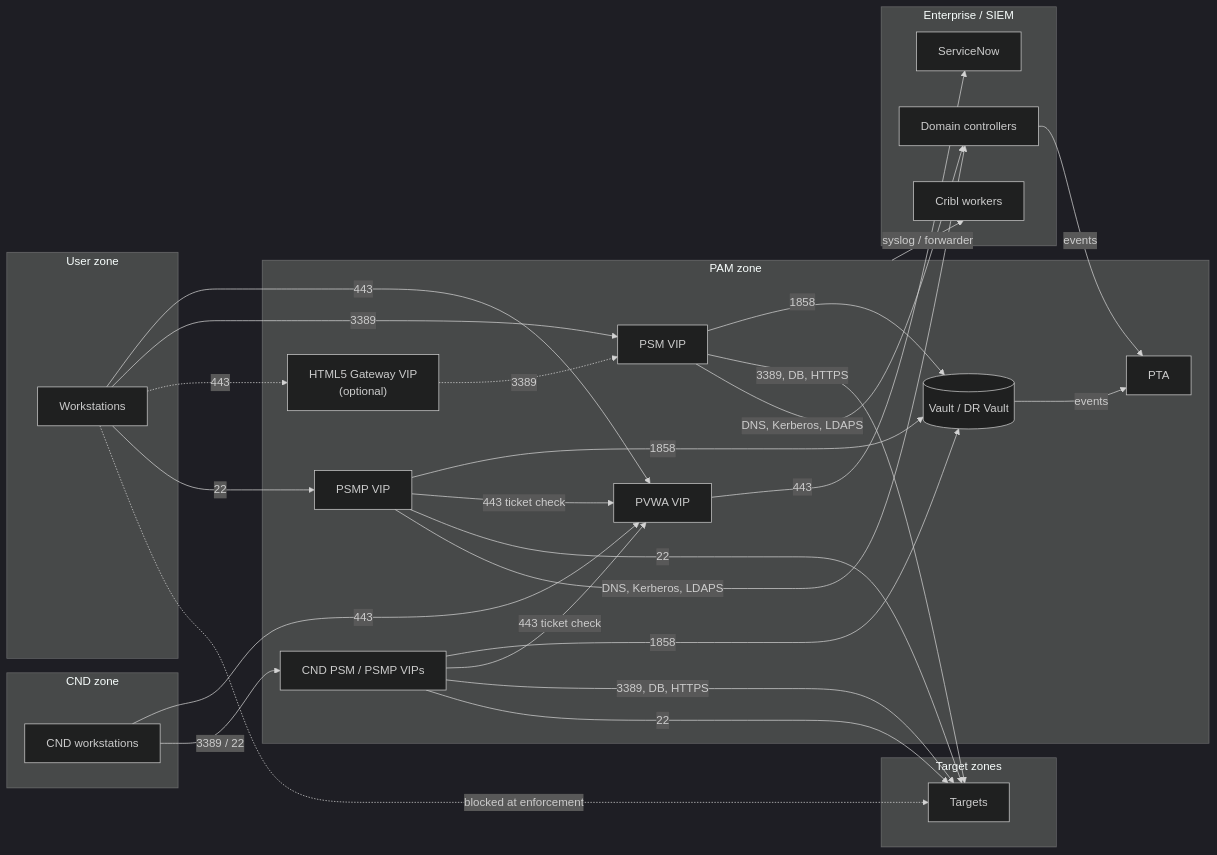
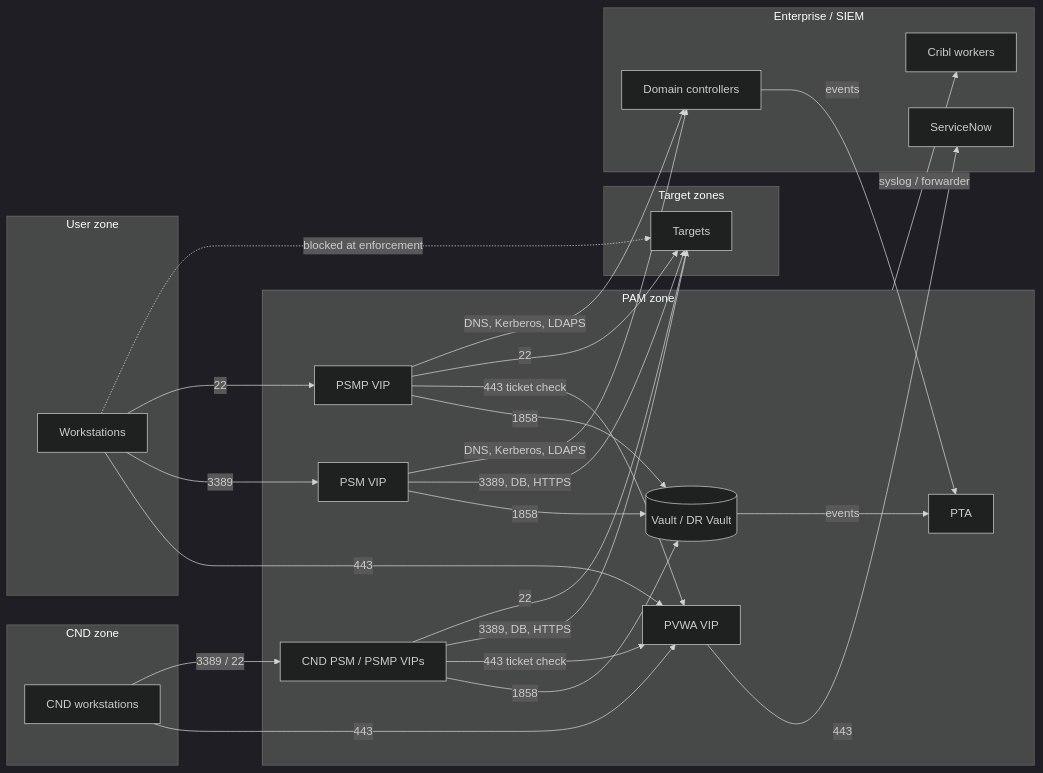
Before and after one commit to cnampalli/CB-Raap-Vault: the third of 11 diagrams in docs/cyberark-psm/impact-assessment.md, drawn with Mermaid (dark theme). The commit also changed other lines of this file, not shown here.

````diff
--- a/docs/cyberark-psm/impact-assessment.md
+++ b/docs/cyberark-psm/impact-assessment.md
@@ -467,41 +475,38 @@
 ```mermaid
 flowchart LR
     subgraph UZ["User zone"]
         WS["Workstations"]
     end
     subgraph CZ["CND zone"]
         CWS["CND workstations"]
     end
     subgraph PZ["PAM zone"]
         PVWA["PVWA VIP"]
         PSMV["PSM VIP"]
-        GWV["HTML5 Gateway VIP<br/>(optional)"]
         PSMPV["PSMP VIP"]
         CNDV["CND PSM / PSMP VIPs"]
         VLT[("Vault / DR Vault")]
         PTA["PTA"]
     end
     subgraph TZ["Target zones"]
         T["Targets"]
     end
     subgraph SZ["Enterprise / SIEM"]
         SN["ServiceNow"]
         CR["Cribl workers"]
         DC["Domain controllers"]
     end
     WS & CWS -->|"443"| PVWA
     WS -->|"3389"| PSMV
-    WS -.->|"443"| GWV
-    GWV -.->|"3389"| PSMV
     WS -->|"22"| PSMPV
     CWS -->|"3389 / 22"| CNDV
     PSMV & PSMPV & CNDV -->|"1858"| VLT
     PSMPV & CNDV -->|"443 ticket check"| PVWA
     PVWA -->|"443"| SN
     PSMV & CNDV -->|"3389, DB, HTTPS"| T
     PSMPV & CNDV -->|"22"| T
     PSMV & PSMPV -->|"DNS, Kerberos, LDAPS"| DC
     VLT & DC -->|"events"| PTA
     PZ -->|"syslog / forwarder"| CR
     WS -. "blocked at enforcement" .-> T
 ```
````
